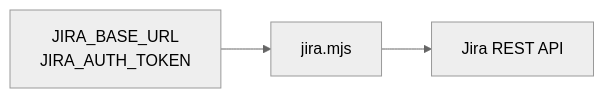
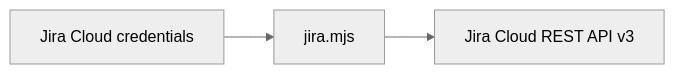
One commit to ulvestuen/pi-kit changed the diagram in skills/jira/SKILL.md. Above: the diagram before and after it, drawn with Mermaid (neutral theme). The commit also changed other lines of this file and 5 other files, not shown here.

First line of the commit message:
Simplify Jira skill for Cloud

````diff
--- a/skills/jira/SKILL.md
+++ b/skills/jira/SKILL.md
@@ -8,4 +8,4 @@
 ```mermaid
 flowchart LR
-    env["JIRA_BASE_URL<br/>JIRA_AUTH_TOKEN"] --> cli["jira.mjs"] --> api["Jira REST API"]
+    env["Jira Cloud credentials"] --> cli["jira.mjs"] --> api["Jira Cloud REST API v3"]
 ```
````
